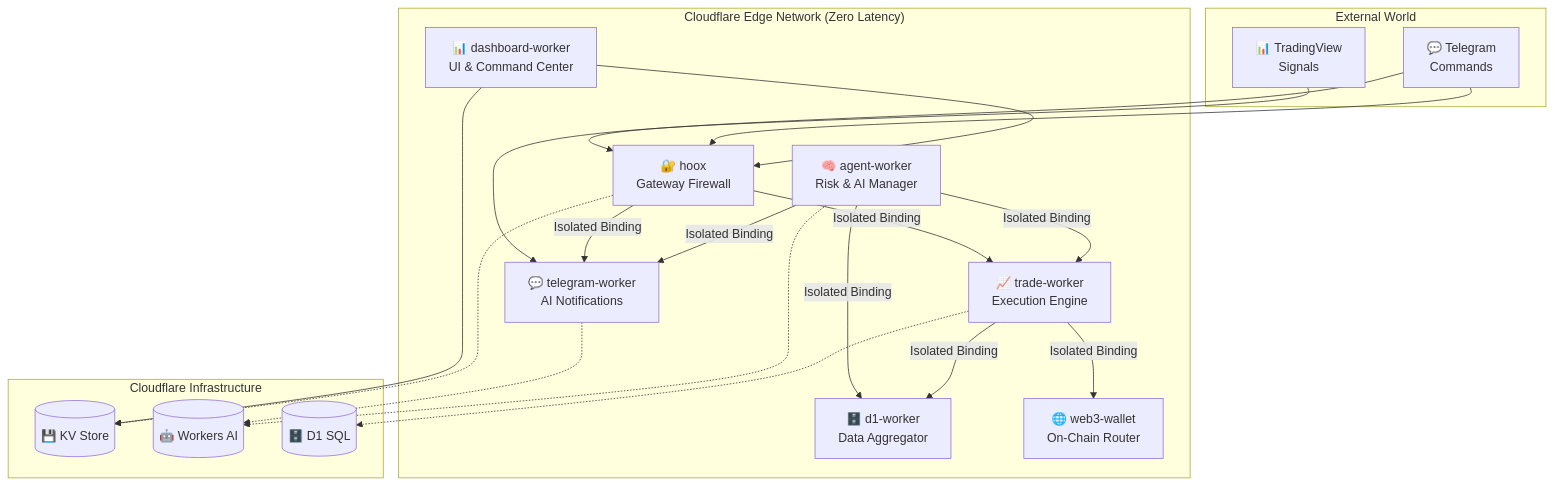
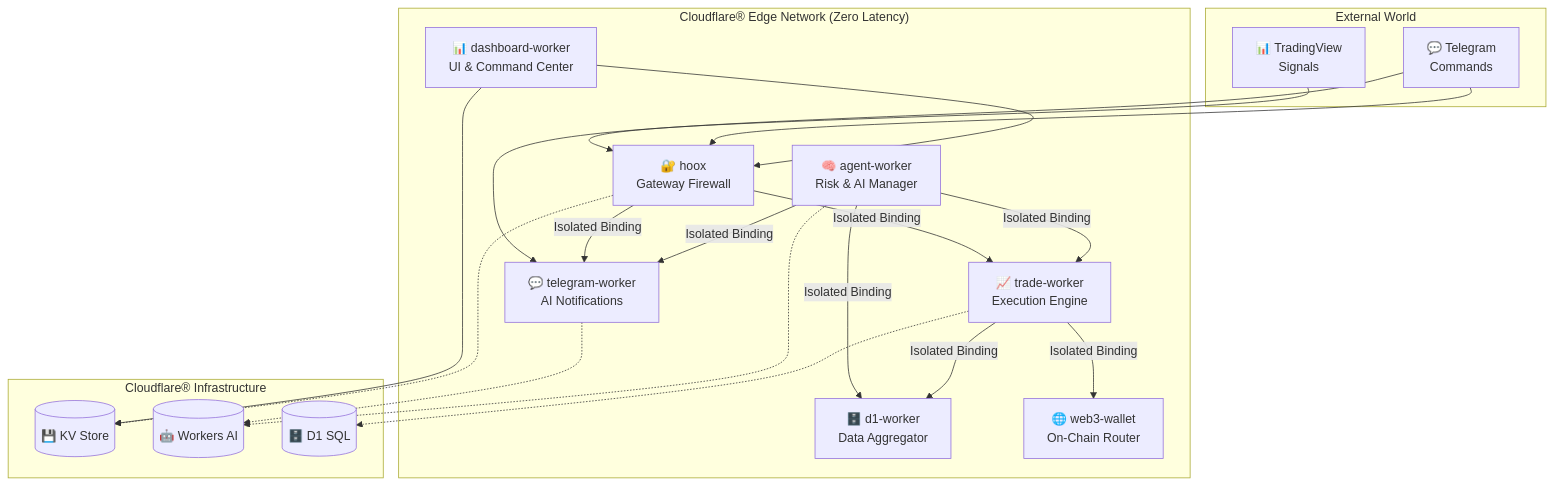
One commit to jango-blockchained/hoox-setup changed the diagram in README.md. Above: the diagram before and after it, drawn with Mermaid. The commit also changed other lines of this file and 22 other files, not shown here.

````diff
--- a/README.md
+++ b/README.md
@@ -80,43 +80,43 @@
 ```mermaid
 graph TB
     subgraph "External World"
         TV["📊 TradingView<br/>Signals"]
         TG["💬 Telegram<br/>Commands"]
     end
 
-    subgraph "Cloudflare Edge Network (Zero Latency)"
+    subgraph "Cloudflare® Edge Network (Zero Latency)"
         hoox["🔐 hoox<br/>Gateway Firewall"]
         trade["📈 trade-worker<br/>Execution Engine"]
         telegram["💬 telegram-worker<br/>AI Notifications"]
         agent["🧠 agent-worker<br/>Risk & AI Manager"]
         dash["📊 dashboard-worker<br/>UI & Command Center"]
         d1["🗄️ d1-worker<br/>Data Aggregator"]
         web3["🌐 web3-wallet<br/>On-Chain Router"]
     end
 
-    subgraph "Cloudflare Infrastructure"
+    subgraph "Cloudflare® Infrastructure"
         KV[(💾 KV Store)]
         AI[(🤖 Workers AI)]
         DB[(🗄️ D1 SQL)]
     end
 
     TV --> hoox
     TG --> hoox
     TG --> telegram
     dash --> KV
     dash --> hoox
 
     hoox -->|Isolated Binding| trade
     hoox -->|Isolated Binding| telegram
     agent -->|Isolated Binding| trade
     agent -->|Isolated Binding| telegram
     agent -->|Isolated Binding| d1
 
     trade -->|Isolated Binding| d1
     trade -->|Isolated Binding| web3
 
     hoox -.-> KV
     trade -.-> DB
     telegram -.-> AI
     agent -.-> AI
 ```
````
